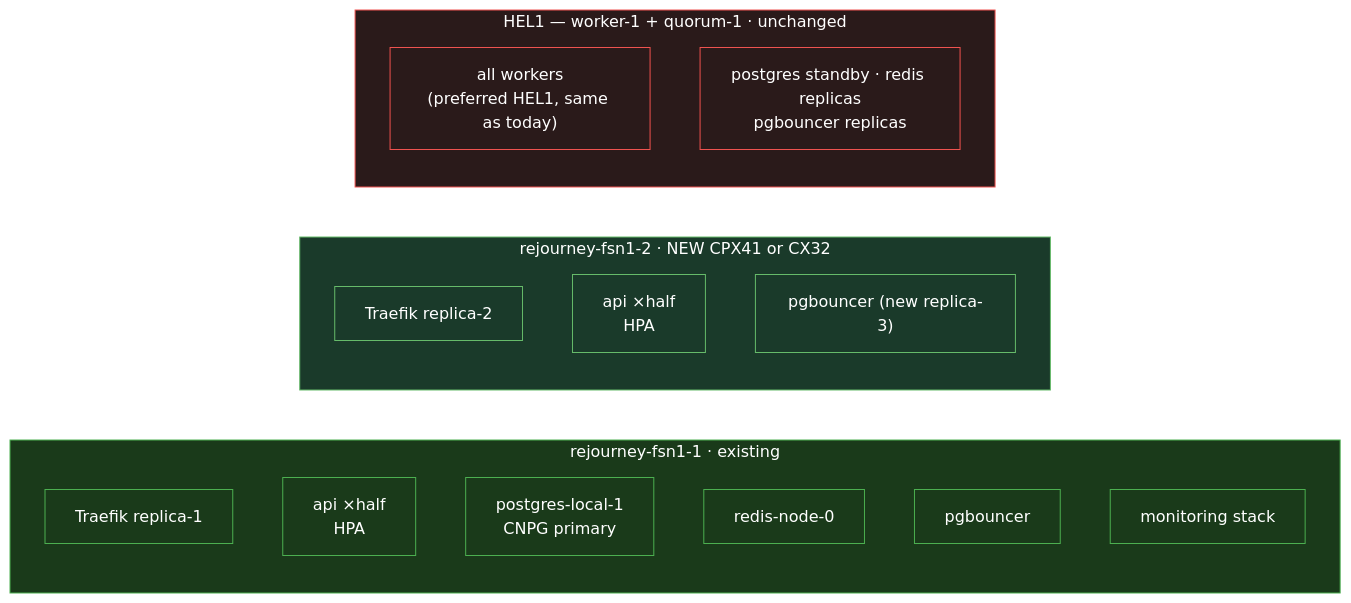
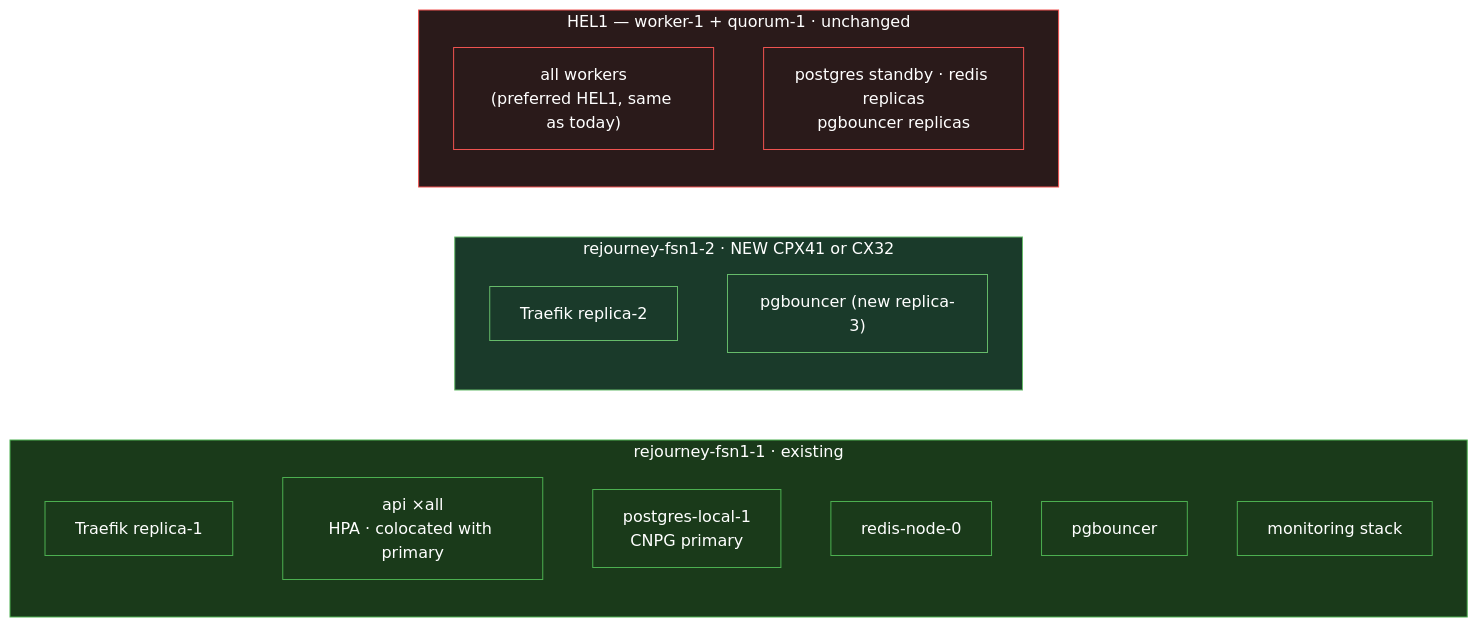
The third of 3 diagrams in dev_docs/allthingscloud.md (rejourneyco/rejourney), drawn with Mermaid before and after one commit. The commit also changed other lines of this file and 22 other files, not shown here.

````diff
--- a/dev_docs/allthingscloud.md
+++ b/dev_docs/allthingscloud.md
@@ -131,33 +131,32 @@
 ```mermaid
 graph LR
     subgraph fsn1_1["rejourney-fsn1-1 · existing"]
         direction TB
         TR1["Traefik replica-1"]
-        API1["api ×half\nHPA"]
+        API1["api ×all\nHPA · colocated with primary"]
         PG1F["postgres-local-1\nCNPG primary"]
         RD0F["redis-node-0"]
         PGB0F["pgbouncer"]
         MONF["monitoring stack"]
     end
 
     subgraph fsn1_2["rejourney-fsn1-2 · NEW CPX41 or CX32"]
         direction TB
         TR2["Traefik replica-2"]
-        API2["api ×half\nHPA"]
         PGB3["pgbouncer (new replica-3)"]
     end
 
     subgraph hel1["HEL1 — worker-1 + quorum-1 · unchanged"]
         direction TB
         WK["all workers\n(preferred HEL1, same as today)"]
         DB2["postgres standby · redis replicas\npgbouncer replicas"]
     end
 
     classDef new fill:#1a3a2a,stroke:#66bb6a,color:#fff
     classDef existing fill:#1a3a1a,stroke:#4caf50,color:#fff
     classDef hel fill:#2a1a1a,stroke:#ef5350,color:#fff
 
     class fsn1_2,TR2,API2,PGB3 new
     class fsn1_1,TR1,API1,PG1F,RD0F,PGB0F,MONF existing
     class hel1,WK,DB2 hel
 ```
````
